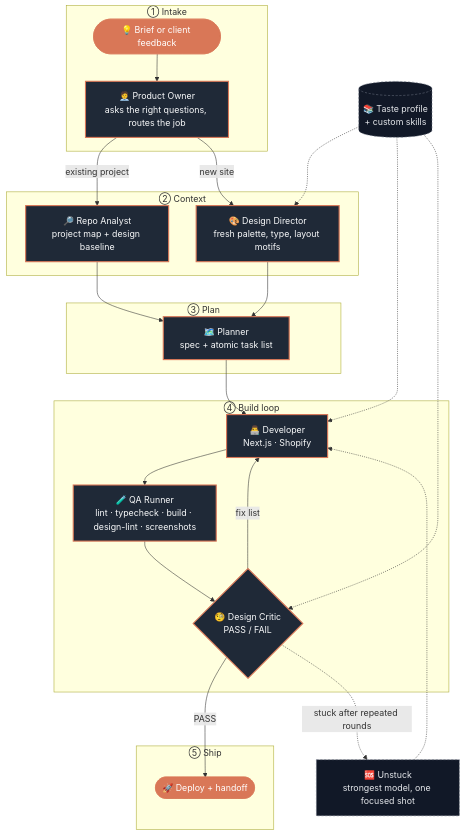
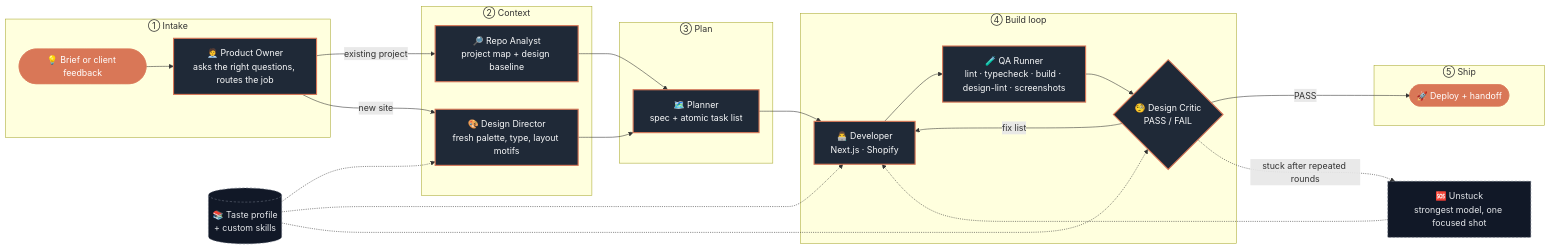
Before and after one commit to atabayraktar/atabayraktar: the diagram in README.md, drawn with Mermaid.

````diff
--- a/README.md
+++ b/README.md
@@ -36,52 +117,52 @@
 ```mermaid
-flowchart TB
+flowchart LR
     subgraph S1["① Intake"]
         U(["💡 Brief or client feedback"])
         PO["🧑‍💼 Product Owner<br/>asks the right questions, routes the job"]
     end
 
     subgraph S2["② Context"]
         RA["🔎 Repo Analyst<br/>project map + design baseline"]
         DD["🎨 Design Director<br/>fresh palette, type, layout motifs"]
     end
 
     subgraph S3["③ Plan"]
         PL["🗺️ Planner<br/>spec + atomic task list"]
     end
 
     subgraph S4["④ Build loop"]
         DEV["👨‍💻 Developer<br/>Next.js · Shopify"]
         QA["🧪 QA Runner<br/>lint · typecheck · build · design-lint · screenshots"]
         CR{"🧐 Design Critic<br/>PASS / FAIL"}
     end
 
     subgraph S5["⑤ Ship"]
         DEP(["🚀 Deploy + handoff"])
     end
 
     TASTE[("📚 Taste profile<br/>+ custom skills")]
     UN["🆘 Unstuck<br/>strongest model, one focused shot"]
 
     U --> PO
     PO -- "existing project" --> RA
     PO -- "new site" --> DD
     RA --> PL
     DD --> PL
     PL --> DEV
     DEV --> QA
     QA --> CR
     CR -- "fix list" --> DEV
     CR -- "PASS" --> DEP
     CR -. "stuck after repeated rounds" .-> UN
     UN -.-> DEV
     TASTE -.-> DD
     TASTE -.-> DEV
     TASTE -.-> CR
 
     classDef agent fill:#1f2937,stroke:#D97757,stroke-width:2px,color:#f9fafb
     classDef io fill:#D97757,stroke:#D97757,color:#ffffff
     classDef side fill:#111827,stroke:#6b7280,stroke-dasharray:4 3,color:#e5e7eb
     class PO,RA,DD,PL,DEV,QA,CR agent
     class U,DEP io
     class TASTE,UN side
 ```
````
